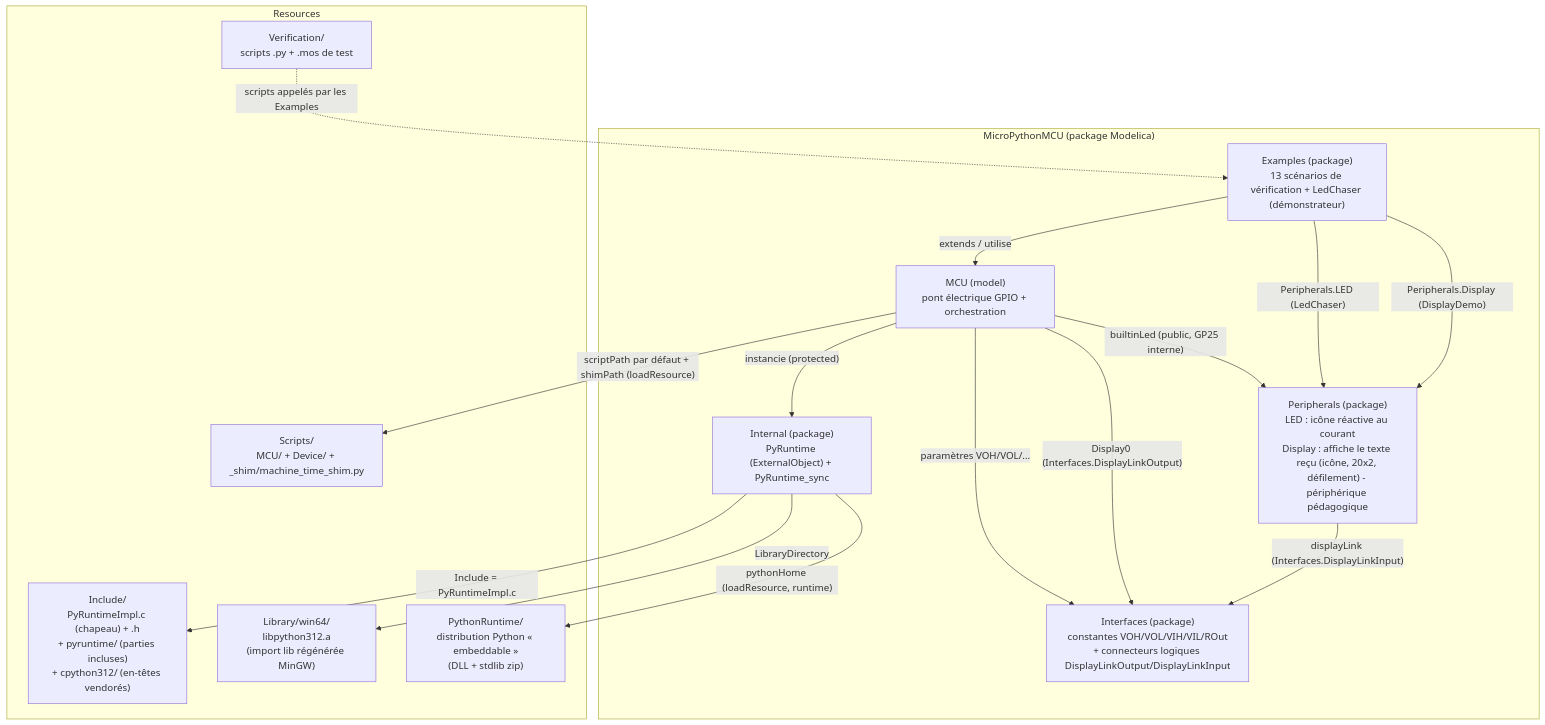
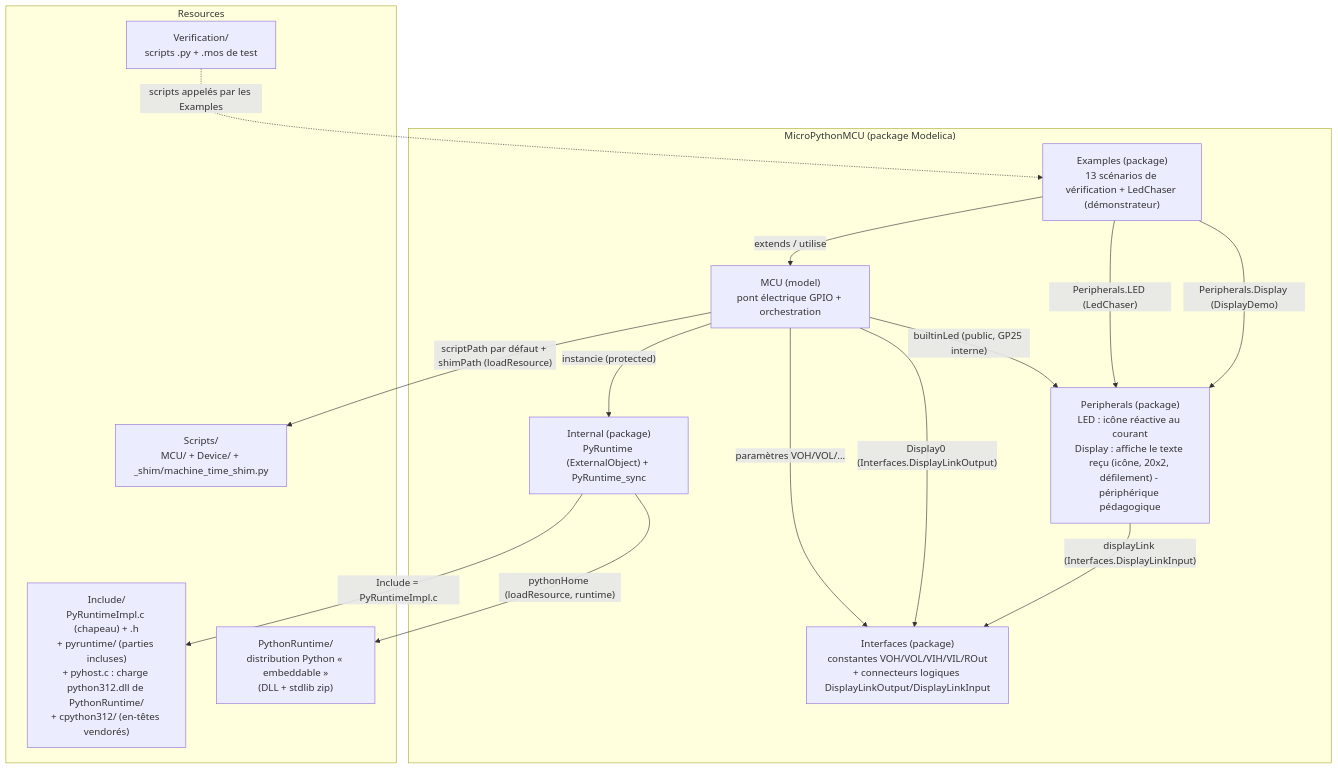
The diagram in docs/architecture.md (bdelaup/modelica_micropython), drawn with Mermaid before and after one commit. The commit also changed other lines of this file and 33 other files, not shown here.

Commit message:
Add toto, fix rising edge not detected, fix system python dll used instead of embedded one.

````diff
--- a/docs/architecture.md
+++ b/docs/architecture.md
@@ -9,31 +9,29 @@
 ```mermaid
 graph TD
     subgraph LIB["MicroPythonMCU (package Modelica)"]
         MCU["MCU (model)<br/>pont électrique GPIO + orchestration"]
         Interfaces["Interfaces (package)<br/>constantes VOH/VOL/VIH/VIL/ROut<br/>+ connecteurs logiques DisplayLinkOutput/DisplayLinkInput"]
         Internal["Internal (package)<br/>PyRuntime (ExternalObject) + PyRuntime_sync"]
         Peripherals["Peripherals (package)<br/>LED : icône réactive au courant<br/>Display : affiche le texte reçu (icône, 20x2, défilement) - périphérique pédagogique"]
         Examples["Examples (package)<br/>13 scénarios de vérification + LedChaser (démonstrateur)"]
     end
     subgraph RES["Resources"]
-        Include["Include/<br/>PyRuntimeImpl.c (chapeau) + .h<br/>+ pyruntime/ (parties incluses)<br/>+ cpython312/ (en-têtes vendorés)"]
-        Library["Library/win64/<br/>libpython312.a<br/>(import lib régénérée MinGW)"]
+        Include["Include/<br/>PyRuntimeImpl.c (chapeau) + .h<br/>+ pyruntime/ (parties incluses)<br/>+ pyhost.c : charge python312.dll de PythonRuntime/<br/>+ cpython312/ (en-têtes vendorés)"]
         PythonRuntime["PythonRuntime/<br/>distribution Python « embeddable »<br/>(DLL + stdlib zip)"]
         Scripts["Scripts/<br/>MCU/ + Device/ + _shim/machine_time_shim.py"]
         Verification["Verification/<br/>scripts .py + .mos de test"]
     end
 
     MCU -- "paramètres VOH/VOL/..." --> Interfaces
     MCU -- "instancie (protected)" --> Internal
     MCU -- "builtinLed (public, GP25 interne)" --> Peripherals
     MCU -- "Display0 (Interfaces.DisplayLinkOutput)" --> Interfaces
     Examples -- "extends / utilise" --> MCU
     Examples -- "Peripherals.LED (LedChaser)" --> Peripherals
     Examples -- "Peripherals.Display (DisplayDemo)" --> Peripherals
     Peripherals -- "displayLink (Interfaces.DisplayLinkInput)" --> Interfaces
     Internal -- "Include = PyRuntimeImpl.c" --> Include
-    Internal -- "LibraryDirectory" --> Library
     Internal -- "pythonHome (loadResource, runtime)" --> PythonRuntime
     MCU -- "scriptPath par défaut + shimPath (loadResource)" --> Scripts
     Verification -. "scripts appelés par les Examples" .-> Examples
 ```
````
